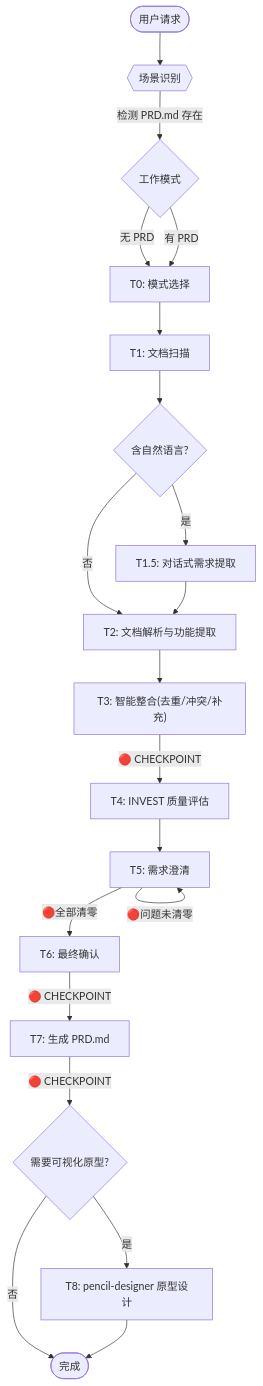
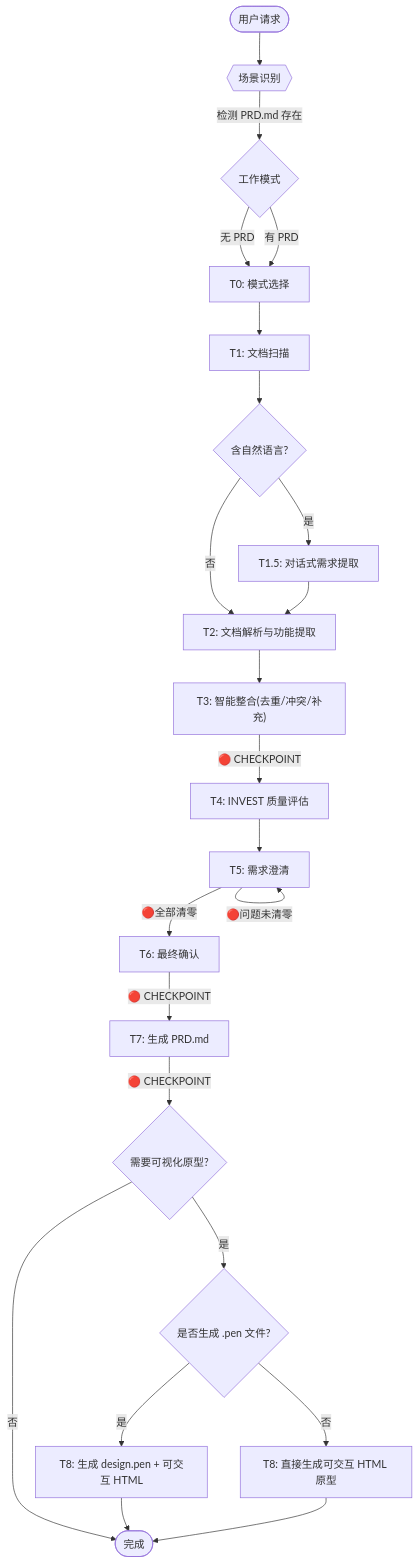
One commit to WikkyGao/requirement-analysis changed the diagram in SKILL.md. Above: the diagram before and after it, drawn with Mermaid. The commit also changed other lines of this file and 3 other files, not shown here.

````diff
--- a/SKILL.md
+++ b/SKILL.md
@@ -17,24 +17,27 @@
 ```mermaid
 graph TD
     START([用户请求]) --> SR{{场景识别}}
     SR -->|检测 PRD.md 存在| Mode{工作模式}
     Mode -->|无 PRD| T0["T0: 模式选择"]
     Mode -->|有 PRD| T0
     T0 --> T1["T1: 文档扫描"]
 
     T1 --> HasNL{含自然语言?}
     HasNL -->|是| T1_5["T1.5: 对话式需求提取"]
     HasNL -->|否| T2["T2: 文档解析与功能提取"]
     T1_5 --> T2
 
     T2 --> T3["T3: 智能整合(去重/冲突/补充)"]
     T3 -->|🔴 CHECKPOINT| T4["T4: INVEST 质量评估"]
     T4 --> T5["T5: 需求澄清"]
     T5 -->|🔴问题未清零| T5
     T5 -->|🔴全部清零| T6["T6: 最终确认"]
     T6 -->|🔴 CHECKPOINT| T7["T7: 生成 PRD.md"]
     T7 -->|🔴 CHECKPOINT| T8{"需要可视化原型?"}
-    T8 -->|是| T8_Execute["T8: pencil-designer 原型设计"]
     T8 -->|否| END([完成])
-    T8_Execute --> END([完成])
+    T8 -->|是| T8_Form{"是否生成 .pen 文件?"}
+    T8_Form -->|是| T8_Pen["T8: 生成 design.pen + 可交互 HTML"]
+    T8_Form -->|否| T8_Html["T8: 直接生成可交互 HTML 原型"]
+    T8_Pen --> END
+    T8_Html --> END
 ```
````
